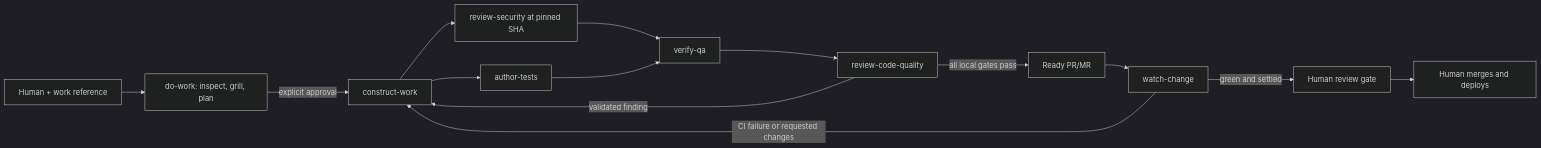
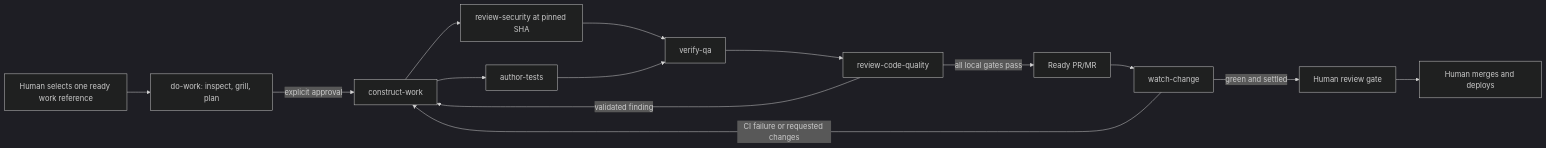
The second of 2 diagrams in README.md (chrislaughlin/agentic-factory), drawn with Mermaid (dark theme) before and after one commit. The commit also changed other lines of this file and 27 other files, not shown here.

````diff
--- a/README.md
+++ b/README.md
@@ -15,16 +41,16 @@
 ```mermaid
 flowchart LR
-  H["Human + work reference"] --> D["do-work: inspect, grill, plan"]
+  H["Human selects one ready work reference"] --> D["do-work: inspect, grill, plan"]
   D -->|"explicit approval"| C["construct-work"]
   C --> S["review-security at pinned SHA"]
   C --> T["author-tests"]
   S --> Q["verify-qa"]
   T --> Q
   Q --> R["review-code-quality"]
   R -->|"validated finding"| C
   R -->|"all local gates pass"| P["Ready PR/MR"]
   P --> W["watch-change"]
   W -->|"CI failure or requested changes"| C
   W -->|"green and settled"| G["Human review gate"]
   G --> M["Human merges and deploys"]
 ```
````
